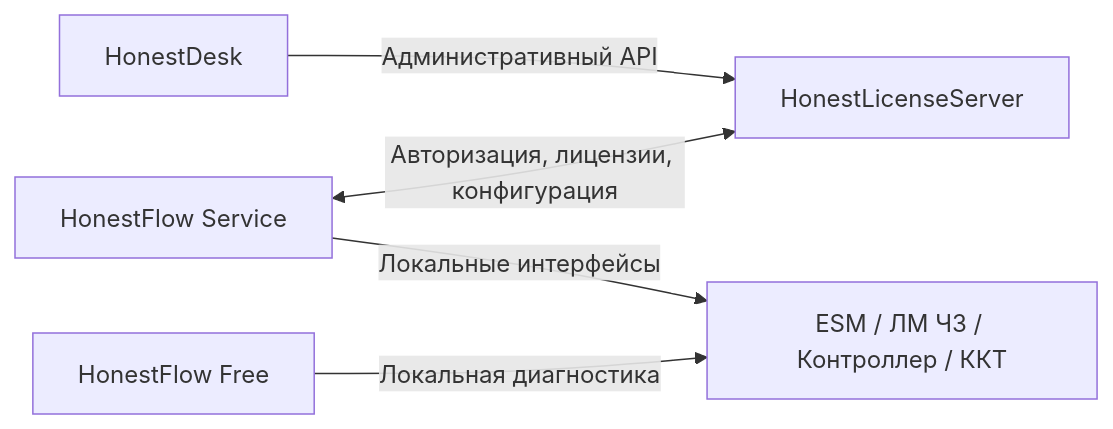
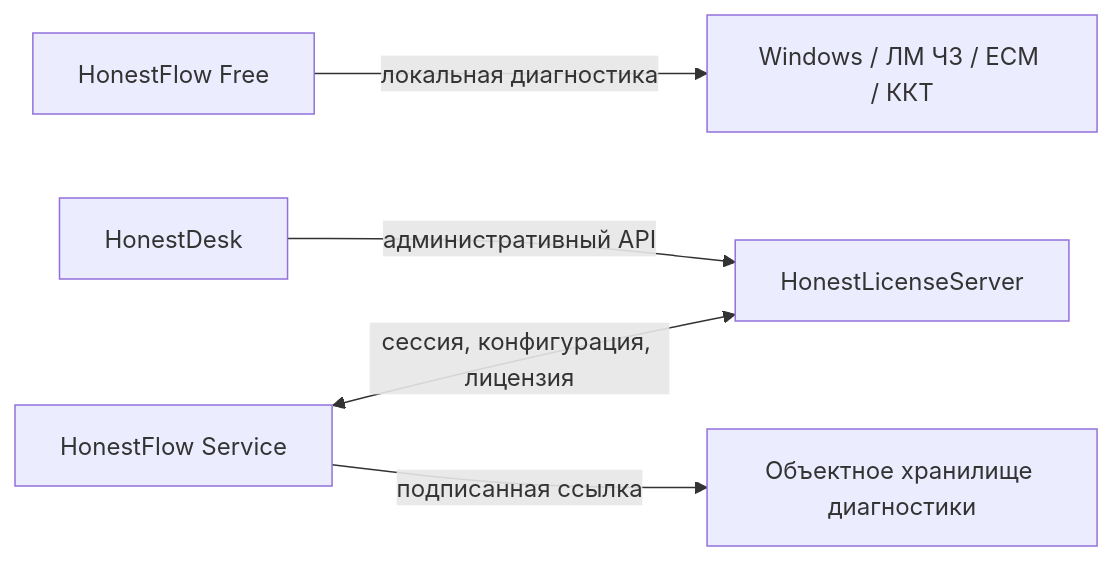
The diagram in README.md (1Yoda1/HonestFlow), drawn with Mermaid before and after one commit. The commit also changed other lines of this file and 7 other files, not shown here.

````diff
--- a/README.md
+++ b/README.md
@@ -116,7 +37,7 @@
 ```mermaid
 flowchart LR
-    D[HonestDesk] -->|Административный API| S[HonestLicenseServer]
-    H[HonestFlow Service] <-->|Авторизация, лицензии, конфигурация| S
-    H -->|Локальные интерфейсы| C[ESM / ЛМ ЧЗ / Контроллер / ККТ]
-    F[HonestFlow Free] -->|Локальная диагностика| C
+    HF[HonestFlow Free] -->|локальная диагностика| PC[Windows / ЛМ ЧЗ / ЕСМ / ККТ]
+    HFS[HonestFlow Service] <-->|сессия, конфигурация, лицензия| S[HonestLicenseServer]
+    HD[HonestDesk] -->|административный API| S
+    HFS -->|подписанная ссылка| O[Объектное хранилище диагностики]
 ```
````
